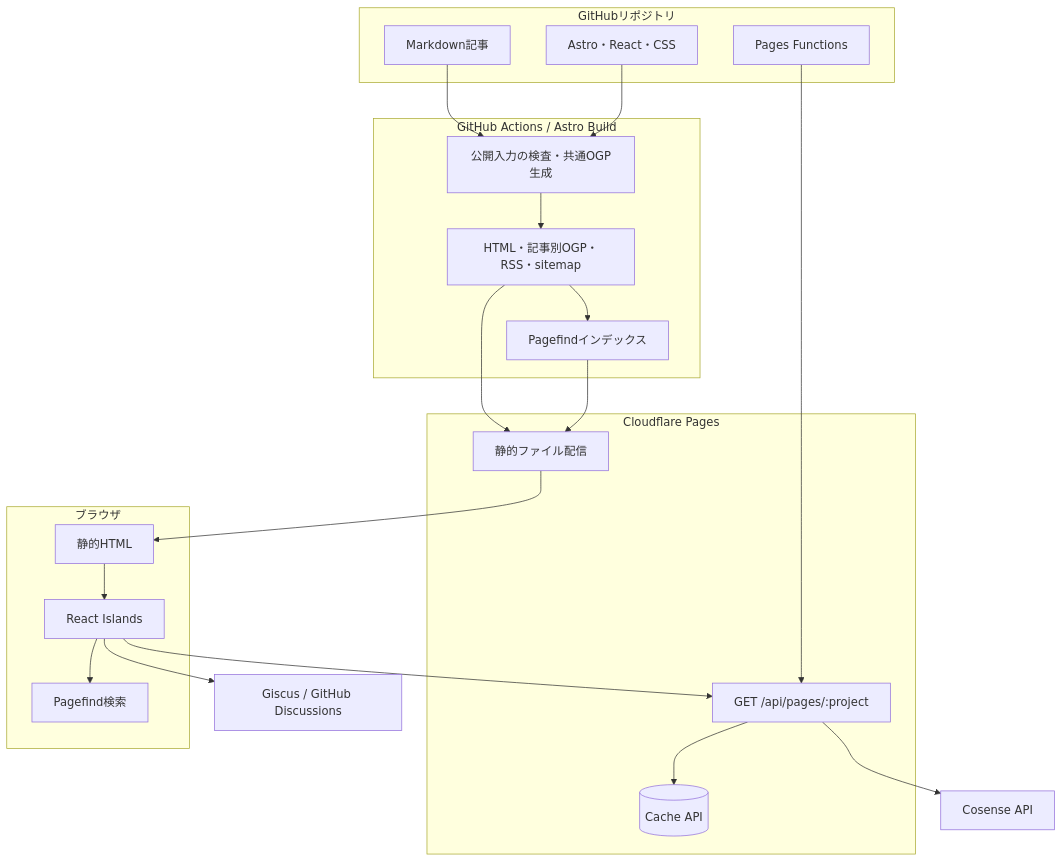
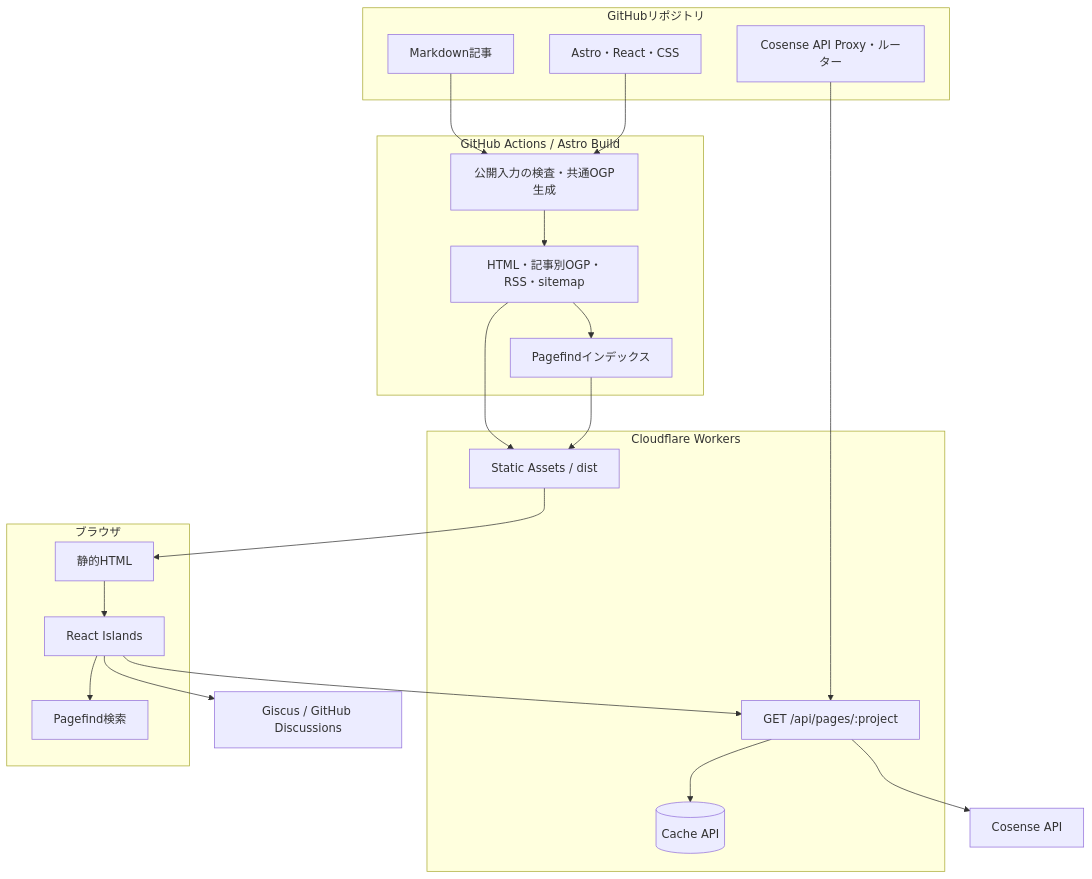
One commit to KJR020/kjr020-blog changed the first of 2 diagrams in docs/architecture/overview.md. Above: the diagram before and after it, drawn with Mermaid. The commit also changed other lines of this file and 9 other files, not shown here.

````diff
--- a/docs/architecture/overview.md
+++ b/docs/architecture/overview.md
@@ -7,41 +7,41 @@
 ```mermaid
 graph TB
     subgraph Repository["GitHubリポジトリ"]
         Content[Markdown記事]
         Source[Astro・React・CSS]
-        FunctionSource[Pages Functions]
+        FunctionSource[Cosense API Proxy・ルーター]
     end
 
     subgraph Build["GitHub Actions / Astro Build"]
         Prebuild[公開入力の検査・共通OGP生成]
         Static[HTML・記事別OGP・RSS・sitemap]
         SearchIndex[Pagefindインデックス]
     end
 
-    subgraph Cloudflare["Cloudflare Pages"]
-        CDN[静的ファイル配信]
+    subgraph Cloudflare["Cloudflare Workers"]
+        CDN[Static Assets / dist]
         Functions[GET /api/pages/:project]
         Cache[(Cache API)]
     end
 
     subgraph Browser["ブラウザ"]
         Page[静的HTML]
         Islands[React Islands]
         Search[Pagefind検索]
     end
 
     Content --> Prebuild
     Source --> Prebuild
     Prebuild --> Static
     Static --> SearchIndex
     Static --> CDN
     SearchIndex --> CDN
     FunctionSource --> Functions
     CDN --> Page
     Page --> Islands
     Islands --> Search
     Islands --> Functions
     Functions --> Cache
     Functions --> Cosense[Cosense API]
     Islands --> Giscus[Giscus / GitHub Discussions]
 ```
````
